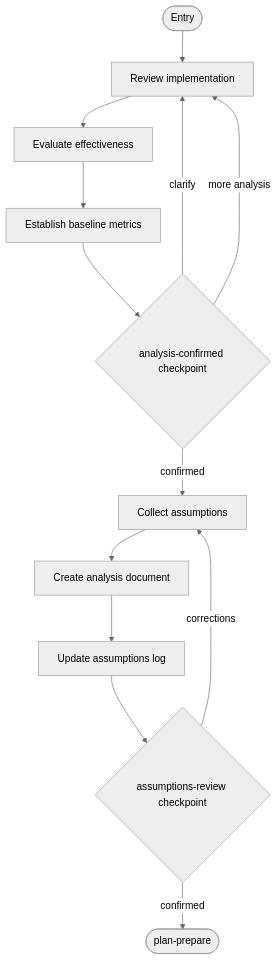
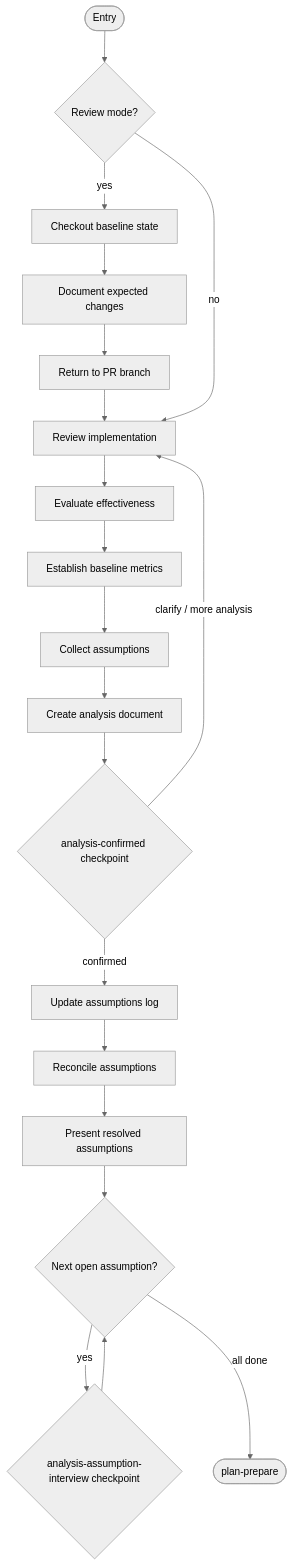
One commit to m2ux/workflow-server changed the fifth of 14 diagrams in work-package/activities/README.md. Above: the diagram before and after it, drawn with Mermaid (neutral theme). The commit also changed other lines of this file and 48 other files, not shown here.

````diff
--- a/work-package/activities/README.md
+++ b/work-package/activities/README.md
@@ -406,16 +351,24 @@
 ```mermaid
 graph TD
-    entryNode(["Entry"]) --> reviewImpl["Review implementation"]
+    entryNode(["Entry"]) --> reviewMode{"Review mode?"}
+    reviewMode -->|"yes"| checkoutBaseline["Checkout baseline state"]
+    checkoutBaseline --> documentExpected["Document expected changes"]
+    documentExpected --> returnBranch["Return to PR branch"]
+    returnBranch --> reviewImpl
+    reviewMode -->|"no"| reviewImpl["Review implementation"]
+
     reviewImpl --> evalEffectiveness["Evaluate effectiveness"]
     evalEffectiveness --> establishBaselines["Establish baseline metrics"]
-    establishBaselines --> cpAnalysis{"analysis-confirmed checkpoint"}
-    cpAnalysis -->|"confirmed"| collectAssumptions["Collect assumptions"]
-    cpAnalysis -->|"clarify"| reviewImpl
-    cpAnalysis -->|"more analysis"| reviewImpl
+    establishBaselines --> collectAssumptions["Collect assumptions"]
+    collectAssumptions --> createDoc["Create analysis document"]
+    createDoc --> cpAnalysis{"analysis-confirmed checkpoint"}
+    cpAnalysis -->|"confirmed"| updateLog["Update assumptions log"]
+    cpAnalysis -->|"clarify / more analysis"| reviewImpl
 
-    collectAssumptions --> createDoc["Create analysis document"]
-    createDoc --> updateLog["Update assumptions log"]
-    updateLog --> cpAssumptions{"assumptions-review checkpoint"}
-    cpAssumptions -->|"confirmed"| exitNode(["plan-prepare"])
-    cpAssumptions -->|"corrections"| collectAssumptions
+    updateLog --> reconcile["Reconcile assumptions"]
+    reconcile --> presentResolved["Present resolved assumptions"]
+    presentResolved --> interviewLoop{"Next open assumption?"}
+    interviewLoop -->|"yes"| cpInterview{"analysis-assumption-interview checkpoint"}
+    cpInterview --> interviewLoop
+    interviewLoop -->|"all done"| exitNode(["plan-prepare"])
 ```
````
